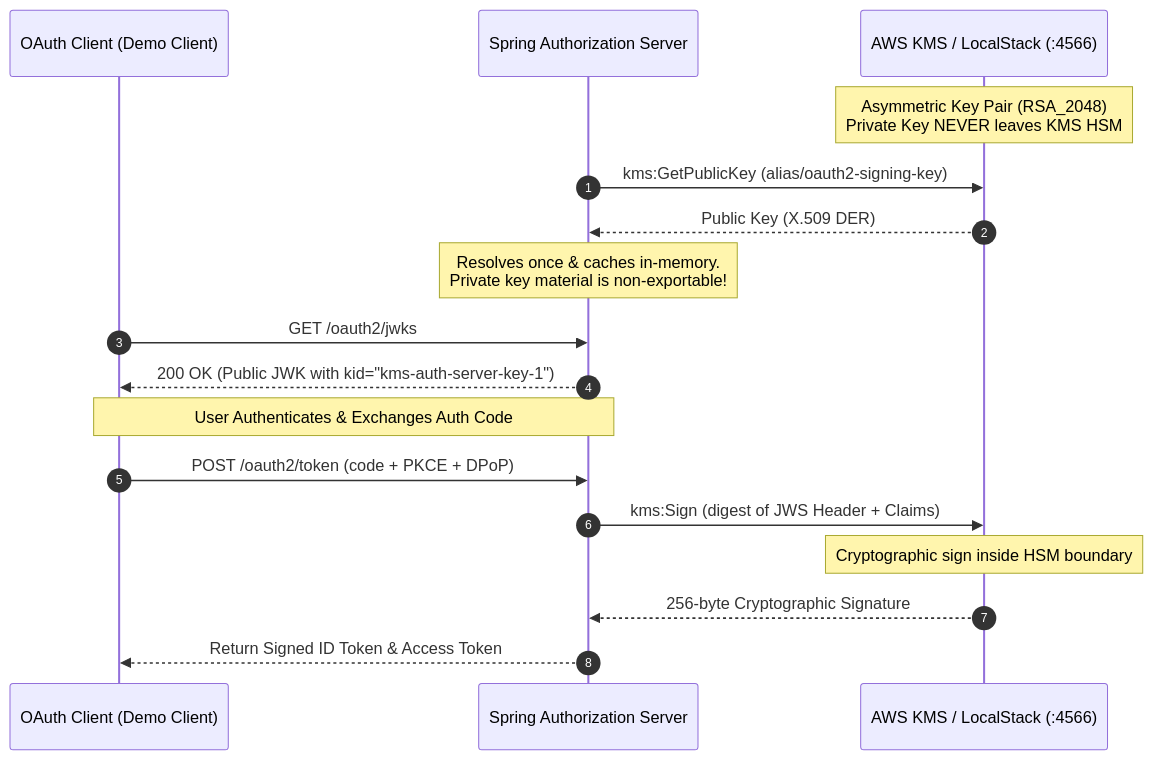
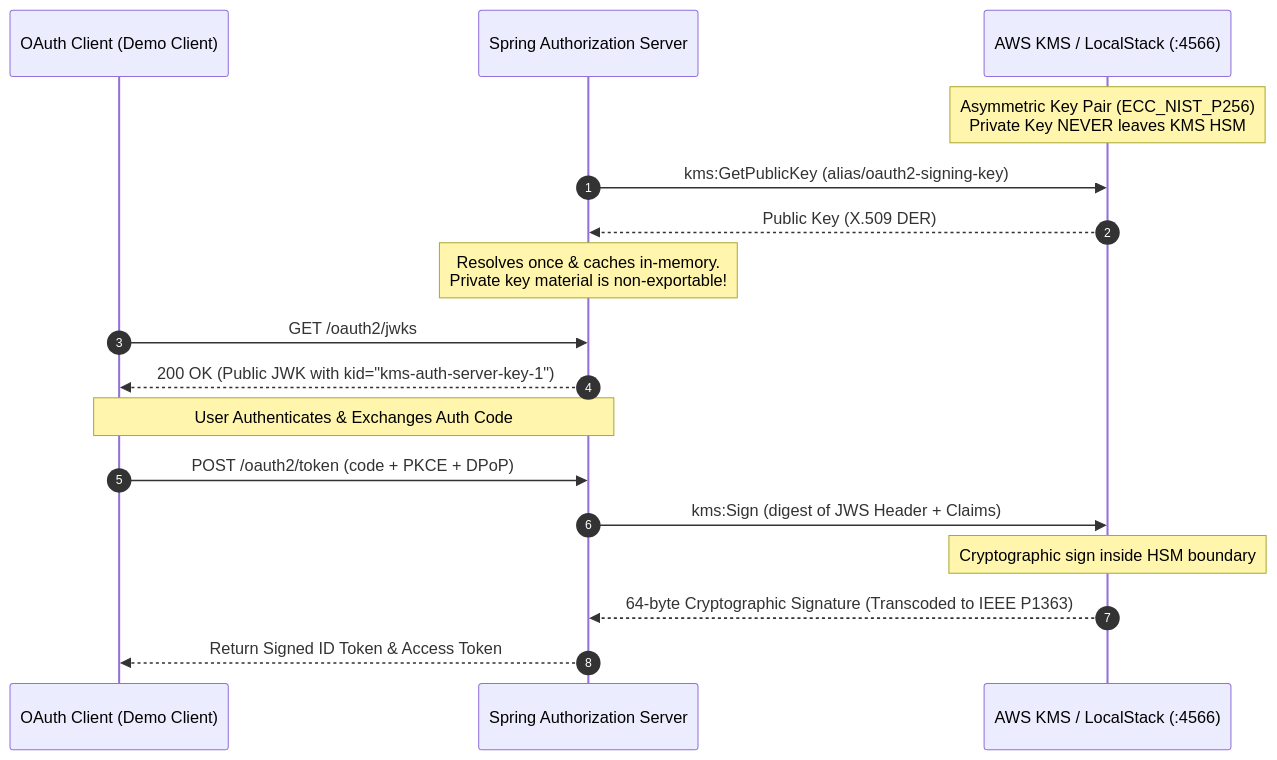
One commit to shoeyn/oauth-server changed the fourth of 4 diagrams in docs/architecture/performance_and_scalability.md. Above: the diagram before and after it, drawn with Mermaid. The commit also changed other lines of this file and 48 other files, not shown here.

````diff
--- a/docs/architecture/performance_and_scalability.md
+++ b/docs/architecture/performance_and_scalability.md
@@ -277,21 +277,21 @@
 ```mermaid
 sequenceDiagram
     autonumber
     participant Client as OAuth Client (Demo Client)
     participant Spring as Spring Authorization Server
     participant KMS as AWS KMS / LocalStack (:4566)
 
-    Note over KMS: Asymmetric Key Pair (RSA_2048)<br/>Private Key NEVER leaves KMS HSM
+    Note over KMS: Asymmetric Key Pair (ECC_NIST_P256)<br/>Private Key NEVER leaves KMS HSM
     Spring->>KMS: kms:GetPublicKey (alias/oauth2-signing-key)
     KMS-->>Spring: Public Key (X.509 DER)
     Note over Spring: Resolves once & caches in-memory.<br/>Private key material is non-exportable!
     Client->>Spring: GET /oauth2/jwks
     Spring-->>Client: 200 OK (Public JWK with kid="kms-auth-server-key-1")
 
     Note over Client,Spring: User Authenticates & Exchanges Auth Code
     Client->>Spring: POST /oauth2/token (code + PKCE + DPoP)
     Spring->>KMS: kms:Sign (digest of JWS Header + Claims)
     Note over KMS: Cryptographic sign inside HSM boundary
-    KMS-->>Spring: 256-byte Cryptographic Signature
+    KMS-->>Spring: 64-byte Cryptographic Signature (Transcoded to IEEE P1363)
     Spring-->>Client: Return Signed ID Token & Access Token
 ```
````
